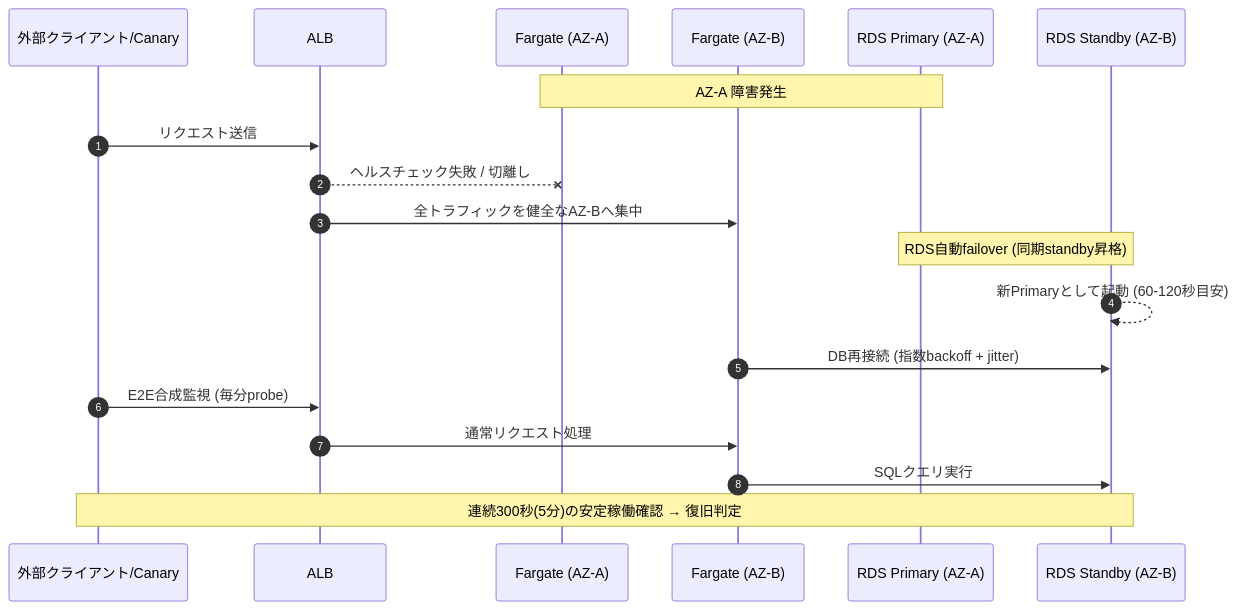
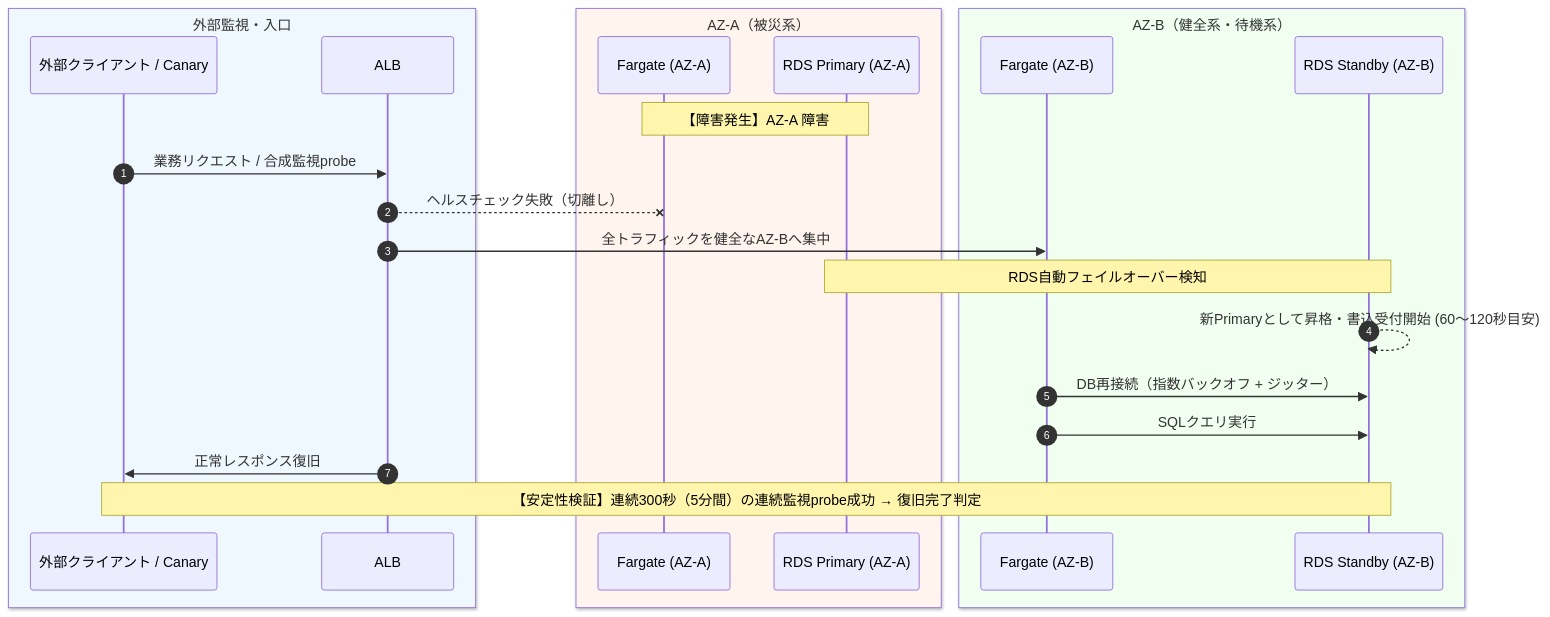
The diagram in experiments/A/A-2/recovery-operations.md (moruku36/cloud-validation-level3-astra-light), drawn with Mermaid before and after one commit. The commit also changed 3 other files, not shown here.

Commit message:
style: improve readability of diagrams, flowcharts, charts, and image presentations

````diff
--- a/experiments/A/A-2/recovery-operations.md
+++ b/experiments/A/A-2/recovery-operations.md
@@ -13,22 +13,28 @@
 ```mermaid
 sequenceDiagram
   autonumber
-  participant Client as 外部クライアント/Canary
-  participant ALB as ALB
-  participant AppA as Fargate (AZ-A)
-  participant AppB as Fargate (AZ-B)
-  participant DB_Pri as RDS Primary (AZ-A)
-  participant DB_Stb as RDS Standby (AZ-B)
 
-  Note over AppA,DB_Pri: AZ-A 障害発生
-  Client->>ALB: リクエスト送信
-  ALB--xAppA: ヘルスチェック失敗 / 切離し
+  box rgb(240, 248, 255) 外部監視・入口
+    participant Client as 外部クライアント / Canary
+    participant ALB as ALB
+  end
+  box rgb(255, 245, 238) AZ-A（被災系）
+    participant AppA as Fargate (AZ-A)
+    participant DB_Pri as RDS Primary (AZ-A)
+  end
+  box rgb(240, 255, 240) AZ-B（健全系・待機系）
+    participant AppB as Fargate (AZ-B)
+    participant DB_Stb as RDS Standby (AZ-B)
+  end
+
+  Note over AppA,DB_Pri: 【障害発生】AZ-A 障害
+  Client->>ALB: 業務リクエスト / 合成監視probe
+  ALB--xAppA: ヘルスチェック失敗（切離し）
   ALB->>AppB: 全トラフィックを健全なAZ-Bへ集中
-  Note over DB_Pri,DB_Stb: RDS自動failover (同期standby昇格)
-  DB_Stb-->>DB_Stb: 新Primaryとして起動 (60-120秒目安)
-  AppB->>DB_Stb: DB再接続 (指数backoff + jitter)
-  Client->>ALB: E2E合成監視 (毎分probe)
-  ALB->>AppB: 通常リクエスト処理
+  Note over DB_Pri,DB_Stb: RDS自動フェイルオーバー検知
+  DB_Stb-->>DB_Stb: 新Primaryとして昇格・書込受付開始 (60〜120秒目安)
+  AppB->>DB_Stb: DB再接続（指数バックオフ + ジッター）
   AppB->>DB_Stb: SQLクエリ実行
-  Note over Client,DB_Stb: 連続300秒(5分)の安定稼働確認 → 復旧判定
+  ALB->>Client: 正常レスポンス復旧
+  Note over Client,DB_Stb: 【安定性検証】連続300秒（5分間）の連続監視probe成功 → 復旧完了判定
 ```
````
